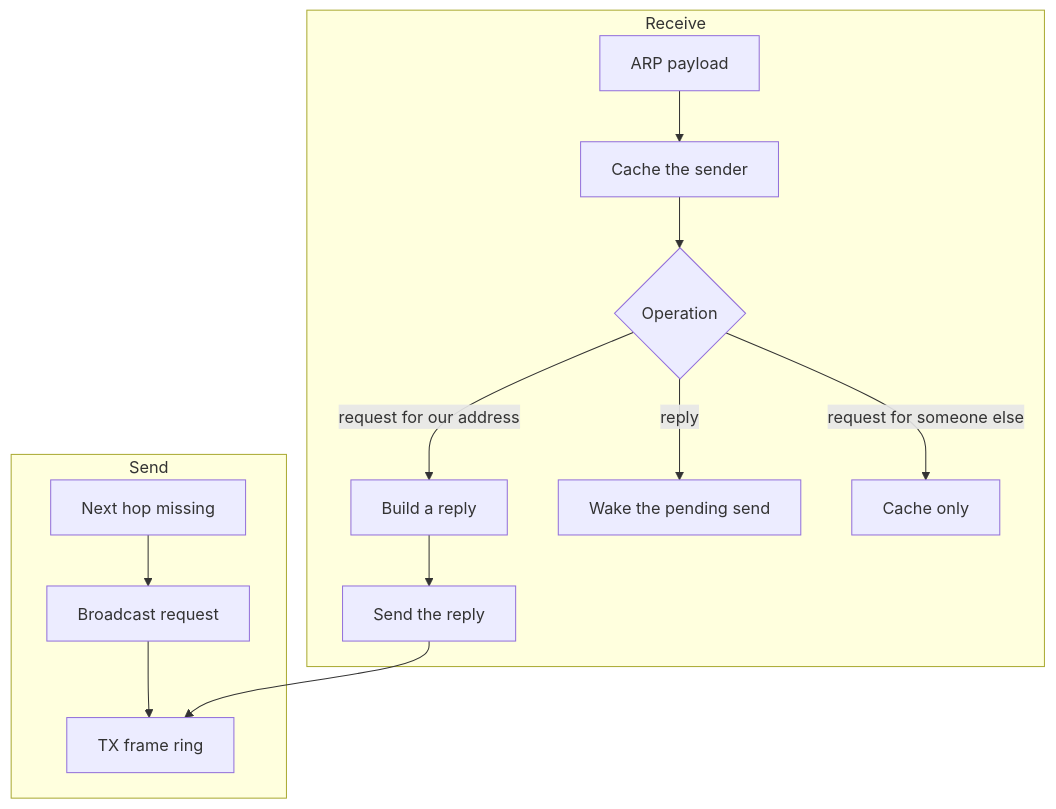
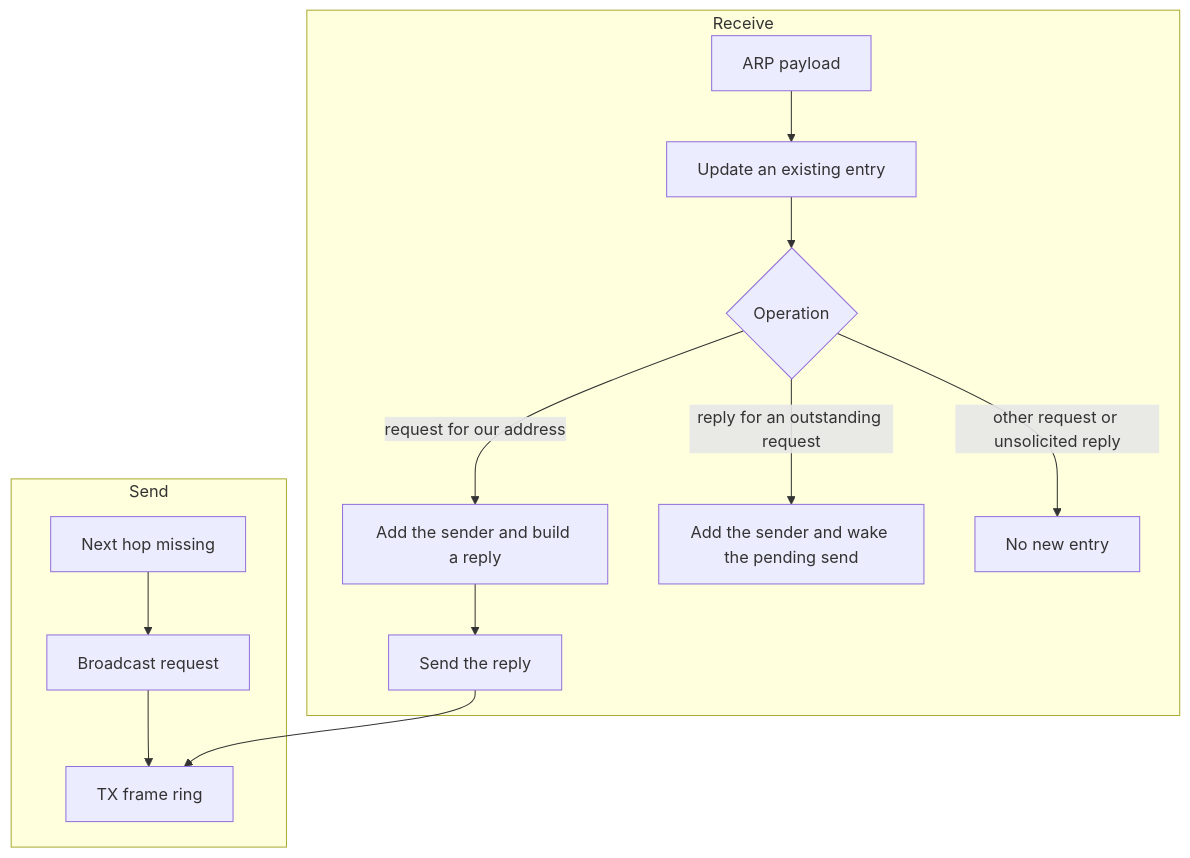
The third of 10 diagrams in projects/harland/docs/RING2_NET.md (ritz-lang/rz), drawn with Mermaid before and after one commit. The commit also changed other lines of this file and 4 other files, not shown here.

````diff
--- a/projects/harland/docs/RING2_NET.md
+++ b/projects/harland/docs/RING2_NET.md
@@ -126,16 +127,16 @@
 ```mermaid
 flowchart TB
   subgraph rx [Receive]
-    rxIn[ARP payload] --> learn[Cache the sender]
+    rxIn[ARP payload] --> learn[Update an existing entry]
     learn --> op{Operation}
-    op -->|request for our address| reply[Build a reply]
-    op -->|reply| wake[Wake the pending send]
-    op -->|request for someone else| done[Cache only]
+    op -->|request for our address| reply[Add the sender and build a reply]
+    op -->|reply for an outstanding request| wake[Add the sender and wake the pending send]
+    op -->|other request or unsolicited reply| done[No new entry]
     reply --> txReply[Send the reply]
   end
   subgraph tx [Send]
     need[Next hop missing] --> req[Broadcast request]
     req --> txOut[TX frame ring]
     txReply --> txOut
   end
 ```
````
